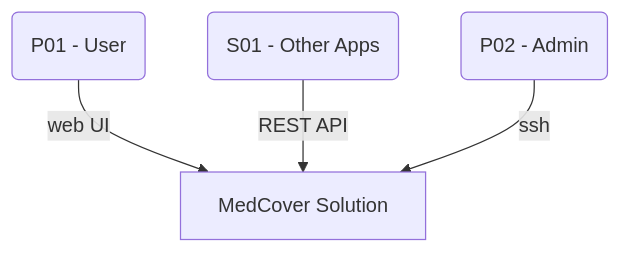
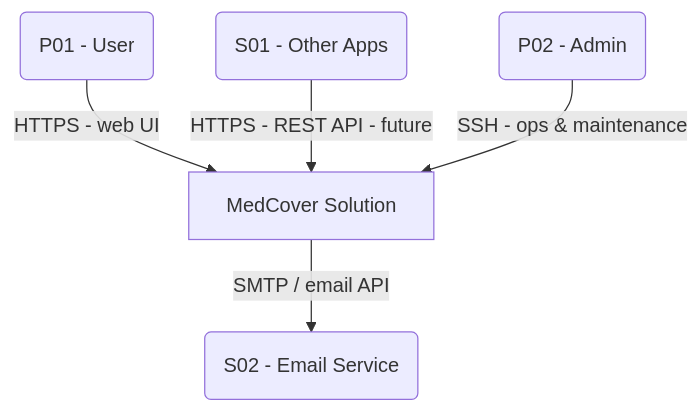
One commit to mtjchm/MedCover changed the first of 4 diagrams in architecture.md. Above: the diagram before and after it, drawn with Mermaid. The commit also changed other lines of this file, not shown here.

First line of the commit message:
docs: complete System Context with trust boundaries, add S02 Email Service

````diff
--- a/architecture.md
+++ b/architecture.md
@@ -264,7 +263,8 @@
 ```mermaid
 flowchart TD
     A[MedCover Solution]
-    B(P01 - User) -->|web UI|A
-    C(S01 - Other Apps) -->|REST API|A
-    D(P02 - Admin) -->|ssh|A
+    B(P01 - User) -->|HTTPS - web UI| A
+    C(S01 - Other Apps) -->|HTTPS - REST API - future| A
+    D(P02 - Admin) -->|SSH - ops & maintenance| A
+    A -->|SMTP / email API| E(S02 - Email Service)
 ```
````
